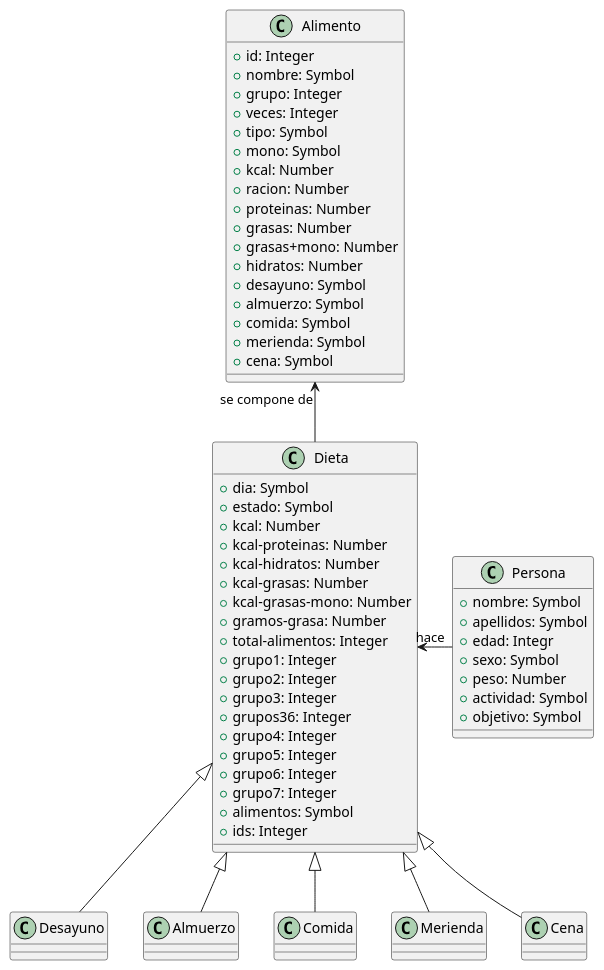
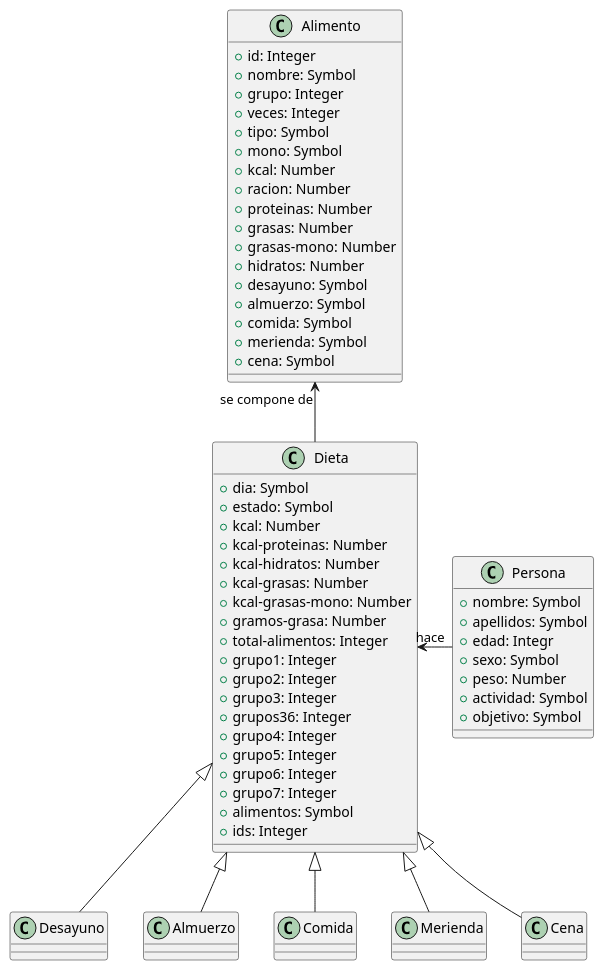
One commit to predicador37/dieta-clips changed the diagram in uml/modelo.puml. Above: the diagram before and after it, drawn with PlantUML. The commit also changed 11 other files, not shown here.

```diff
--- a/uml/modelo.puml
+++ b/uml/modelo.puml
@@ -1,85 +1,85 @@
 @startuml
 class Alimento {
 +id: Integer
 +nombre: Symbol
 +grupo: Integer
 +veces: Integer
 +tipo: Symbol
 +mono: Symbol
 +kcal: Number
 +racion: Number
 +proteinas: Number
 +grasas: Number
-+grasas+mono: Number
++grasas-mono: Number
 +hidratos: Number
 +desayuno: Symbol
 +almuerzo: Symbol
 +comida: Symbol
 +merienda: Symbol
 +cena: Symbol
 
 }
 
 class Dieta {
 +dia: Symbol
 +estado: Symbol
 +kcal: Number
 +kcal-proteinas: Number
 +kcal-hidratos: Number
 +kcal-grasas: Number
 +kcal-grasas-mono: Number
 +gramos-grasa: Number
 +total-alimentos: Integer
 +grupo1: Integer
 +grupo2: Integer
 +grupo3: Integer
 +grupos36: Integer
 +grupo4: Integer
 +grupo5: Integer
 +grupo6: Integer
 +grupo7: Integer
 +alimentos: Symbol
 +ids: Integer
 }
 
 class Persona {
 +nombre: Symbol
 +apellidos: Symbol
 +edad: Integr
 +sexo: Symbol
 +peso: Number
 +actividad: Symbol
 +objetivo: Symbol
 
 }
 
 class Desayuno {
 
 }
 
 class Almuerzo {
 
 }
 
 class Comida {
 
 }
 
 class Merienda {
 
 }
 
 class Cena {
 
 }
 
 Desayuno -up-|> Dieta
 Almuerzo -up-|> Dieta
 Comida -up-|> Dieta
 Merienda -up-|> Dieta
 Cena -up-|> Dieta
 Dieta -up-> "se compone de" Alimento
 
 Persona -left-> "hace" Dieta
 
 @end
```
